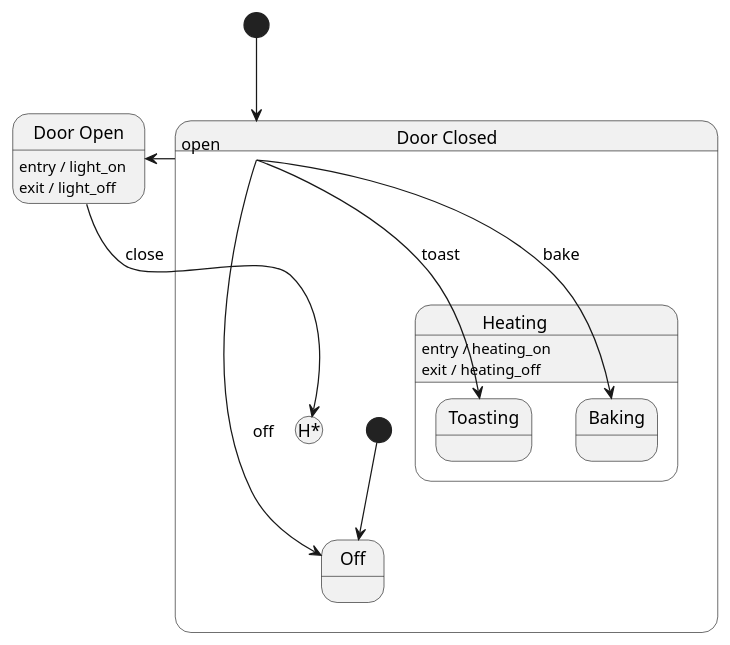
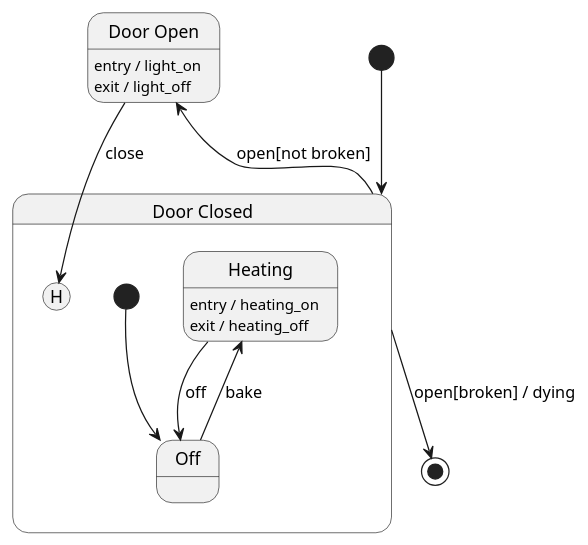
Before and after one commit to dragomit/hsm: the diagram in oven.puml, drawn with PlantUML. The commit also changed other lines of this file and 3 other files, not shown here.

```diff
--- a/oven.puml
+++ b/oven.puml
@@ -1,23 +1,20 @@
 @startuml
 
 state "Door Open" as Door_Open
 Door_Open : entry / light_on
 Door_Open : exit / light_off
 state "Door Closed" as Door_Closed {
-   state Heating {
-      state Toasting
-      state Baking
-   }
+   state Heating
    Heating : entry / heating_on
    Heating : exit / heating_off
    state Off
    [*] --> Off
 }
 [*] --> Door_Closed
-Door_Open --> Door_Closed[H*] : close
-Door_Closed --> Door_Open : open
-Door_Closed --> Off : off
-Door_Closed --> Baking : bake
-Door_Closed --> Toasting : toast
+Door_Open --> Door_Closed[H] : close
+Heating --> Off : off
+Off --> Heating : bake
+Door_Closed --> Door_Open : open[not broken]
+Door_Closed --> [*] : open[broken] / dying
 
 @enduml
```
